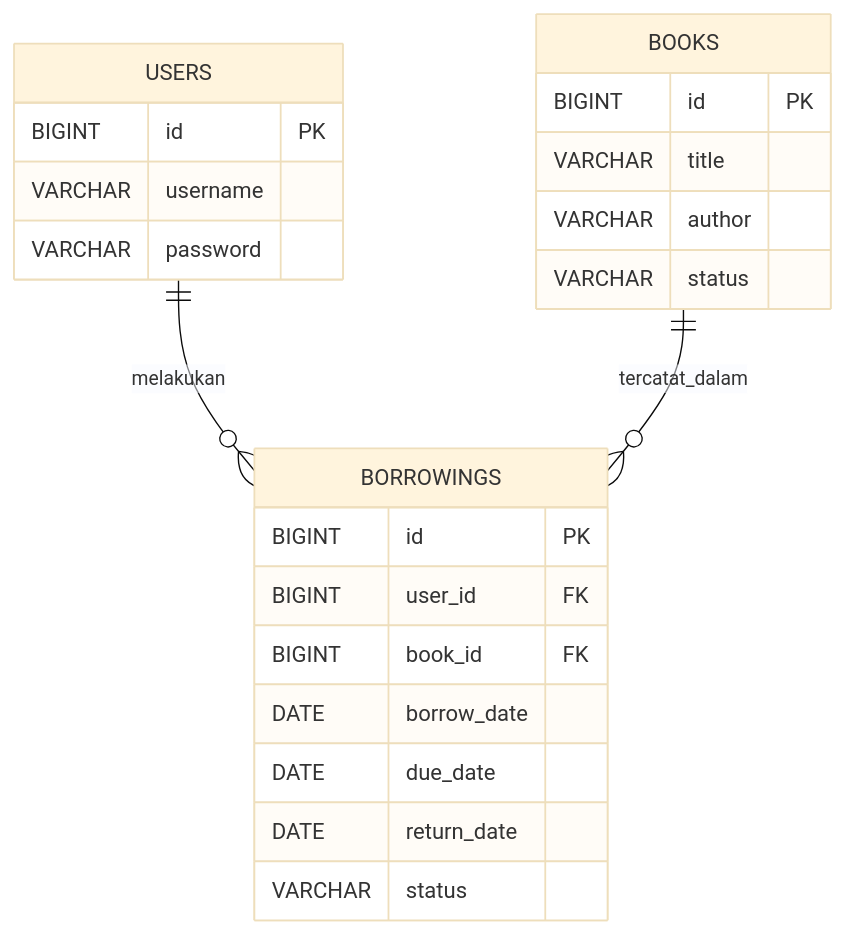
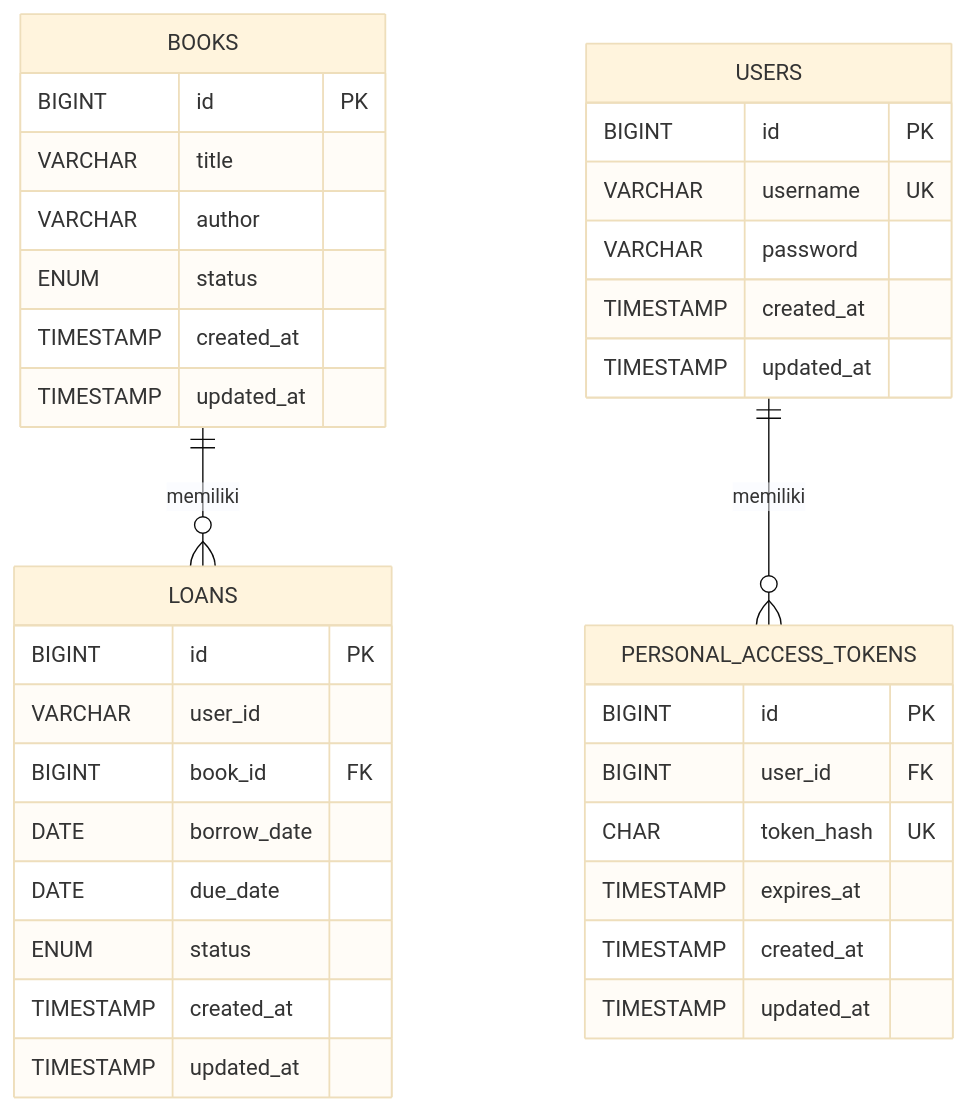
The diagram in docs/erd.md (Rienzy06/VibeCodeKelompok2), drawn with Mermaid (base theme) before and after one commit. The commit also changed other lines of this file, not shown here.

Commit message:
Revise ERD and update entity relationships
Updated the ERD to reflect changes in entity relationships and added new entities for loans and personal access tokens. Revised descriptions for entities and relationships to improve clarity.

````diff
--- a/docs/erd.md
+++ b/docs/erd.md
@@ -3,28 +5,42 @@
 ```mermaid
 erDiagram
-    USERS ||--o{ BORROWINGS : melakukan
-    BOOKS ||--o{ BORROWINGS : tercatat_dalam
+    BOOKS ||--o{ LOANS : memiliki
+    USERS ||--o{ PERSONAL_ACCESS_TOKENS : memiliki
 
     USERS {
         BIGINT id PK
-        VARCHAR username
+        VARCHAR username UK
         VARCHAR password
+        TIMESTAMP created_at
+        TIMESTAMP updated_at
     }
 
     BOOKS {
         BIGINT id PK
         VARCHAR title
         VARCHAR author
-        VARCHAR status
+        ENUM status
+        TIMESTAMP created_at
+        TIMESTAMP updated_at
     }
 
-    BORROWINGS {
+    LOANS {
         BIGINT id PK
-        BIGINT user_id FK
+        VARCHAR user_id
         BIGINT book_id FK
         DATE borrow_date
         DATE due_date
-        DATE return_date
-        VARCHAR status
+        ENUM status
+        TIMESTAMP created_at
+        TIMESTAMP updated_at
+    }
+
+    PERSONAL_ACCESS_TOKENS {
+        BIGINT id PK
+        BIGINT user_id FK
+        CHAR token_hash UK
+        TIMESTAMP expires_at
+        TIMESTAMP created_at
+        TIMESTAMP updated_at
     }
 ```
````
